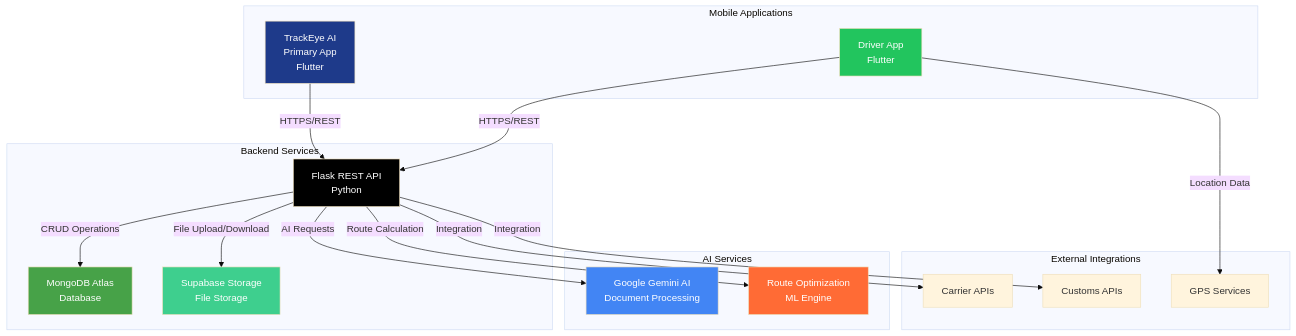
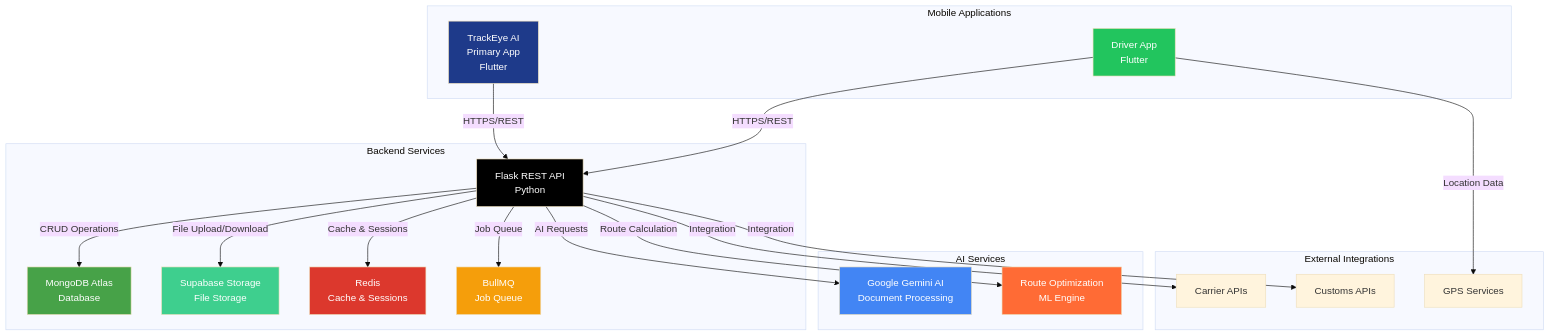
The diagram in README.md (PRIEYAN/TrackAI), drawn with Mermaid (base theme) before and after one commit. The commit also changed other lines of this file, not shown here.

````diff
--- a/README.md
+++ b/README.md
@@ -112,42 +112,48 @@
 ```mermaid
 graph TB
     subgraph "Mobile Applications"
         A[TrackEye AI<br/>Primary App<br/>Flutter]
         B[Driver App<br/>Flutter]
     end
     
     subgraph "Backend Services"
         C[Flask REST API<br/>Python]
         D[MongoDB Atlas<br/>Database]
         E[Supabase Storage<br/>File Storage]
+        K[Redis<br/>Cache & Sessions]
+        L[BullMQ<br/>Job Queue]
     end
     
     subgraph "AI Services"
         F[Google Gemini AI<br/>Document Processing]
         G[Route Optimization<br/>ML Engine]
     end
     
     subgraph "External Integrations"
         H[Carrier APIs]
         I[Customs APIs]
         J[GPS Services]
     end
     
     A -->|HTTPS/REST| C
     B -->|HTTPS/REST| C
     C -->|CRUD Operations| D
     C -->|File Upload/Download| E
+    C -->|Cache & Sessions| K
+    C -->|Job Queue| L
     C -->|AI Requests| F
     C -->|Route Calculation| G
     C -->|Integration| H
     C -->|Integration| I
     B -->|Location Data| J
     
     style A fill:#1E3A8A,color:#fff
     style B fill:#22C55E,color:#fff
     style C fill:#000000,color:#fff
     style D fill:#47A248,color:#fff
     style E fill:#3ECF8E,color:#fff
     style F fill:#4285F4,color:#fff
     style G fill:#FF6B35,color:#fff
+    style K fill:#DC382D,color:#fff
+    style L fill:#F59E0B,color:#fff
 ```
````
